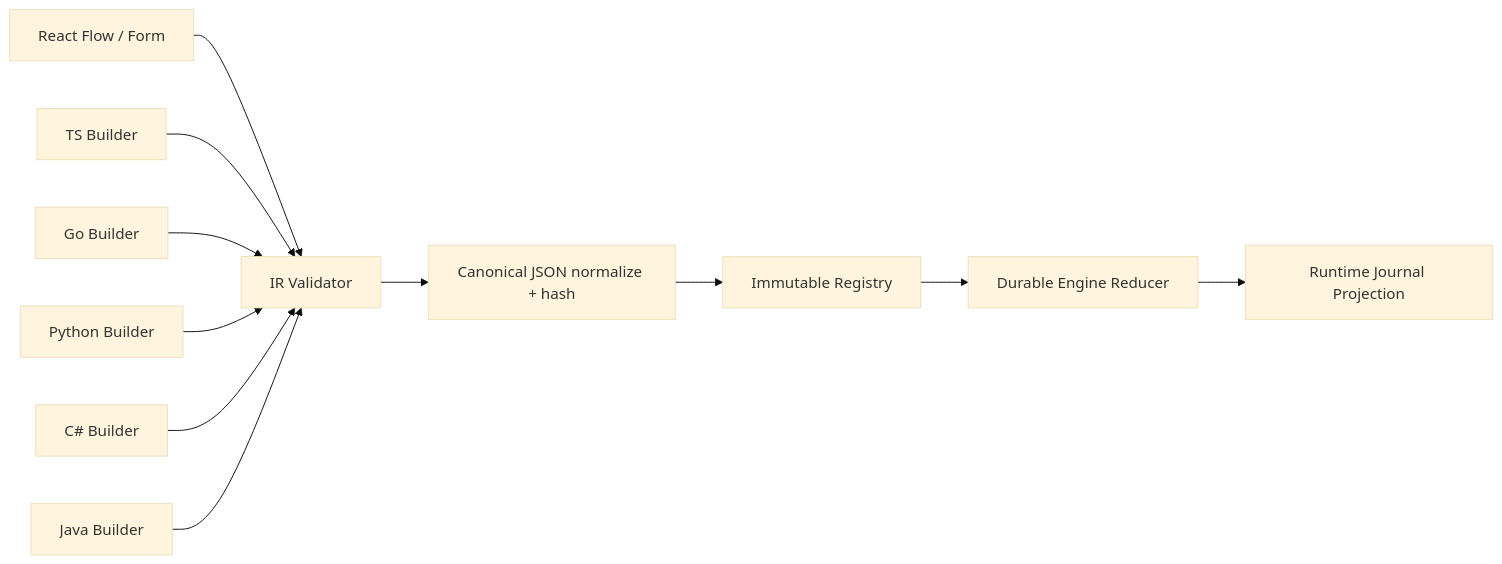
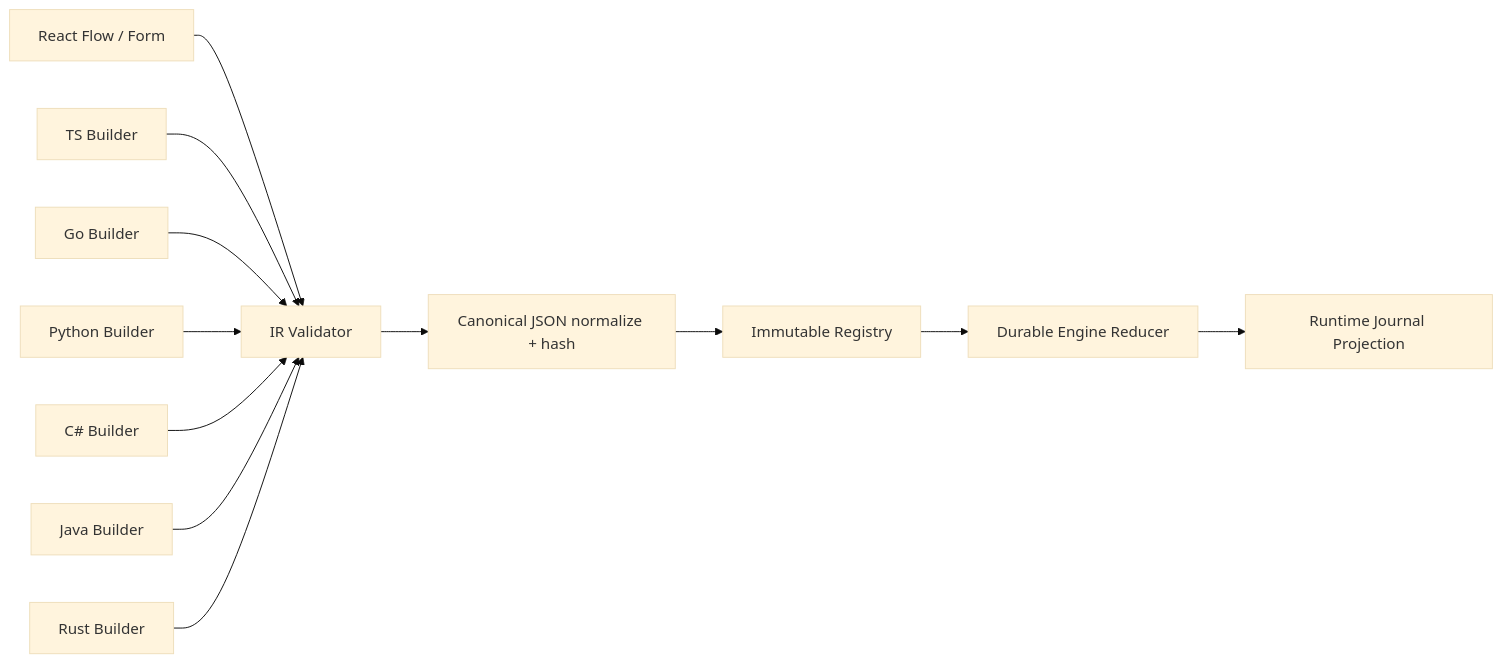
The diagram in docs/architecture/workflow-ir-and-sdk-modes.md (ortisun/sagat-octopus-orchestrator), drawn with Mermaid (base theme) before and after one commit. The commit also changed other lines of this file and 394 other files, not shown here.

````diff
--- a/docs/architecture/workflow-ir-and-sdk-modes.md
+++ b/docs/architecture/workflow-ir-and-sdk-modes.md
@@ -15,13 +15,14 @@
 ```mermaid
 flowchart LR
   VS[React Flow / Form] --> V[IR Validator]
   TS[TS Builder] --> V
   GO[Go Builder] --> V
   PY[Python Builder] --> V
   CS[C# Builder] --> V
   JV[Java Builder] --> V
+  RS[Rust Builder] --> V
   V --> X[Canonical JSON normalize + hash]
   X --> R[Immutable Registry]
   R --> E[Durable Engine Reducer]
   E --> G[Runtime Journal Projection]
 ```
````
